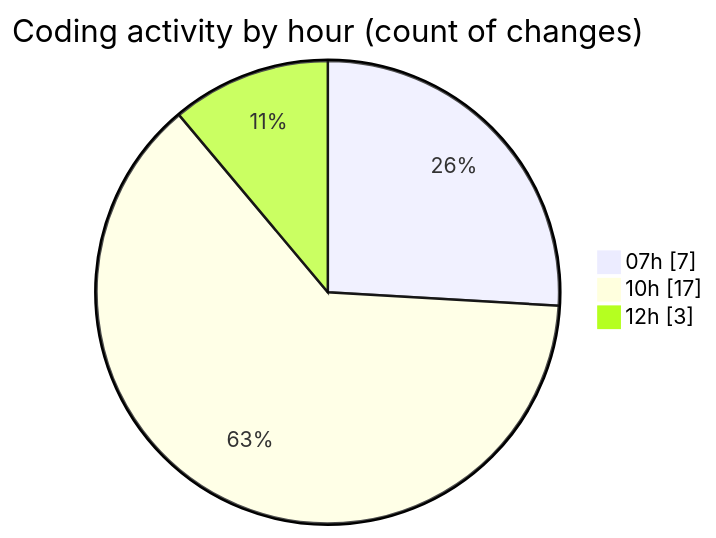
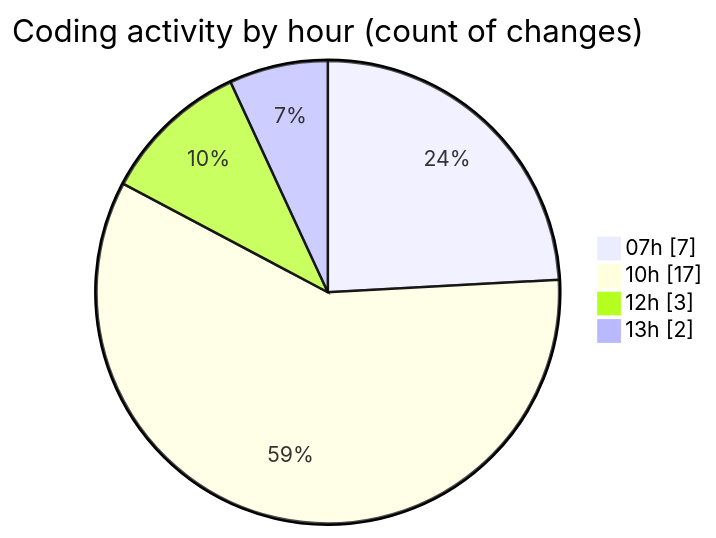
One commit to robertbonfada/code-tracking changed the second of 2 diagrams in 2025-02-27/area-formacao-web/README.md. Above: the diagram before and after it, drawn with Mermaid. The commit also changed other lines of this file and 1 other file, not shown here.

````diff
--- a/2025-02-27/area-formacao-web/README.md
+++ b/2025-02-27/area-formacao-web/README.md
@@ -34,7 +34,8 @@
 ```mermaid
 pie showData
 title Coding activity by hour (count of changes)
 "07h" : 7
 "10h" : 17
 "12h" : 3
+"13h" : 2
 ```
````
